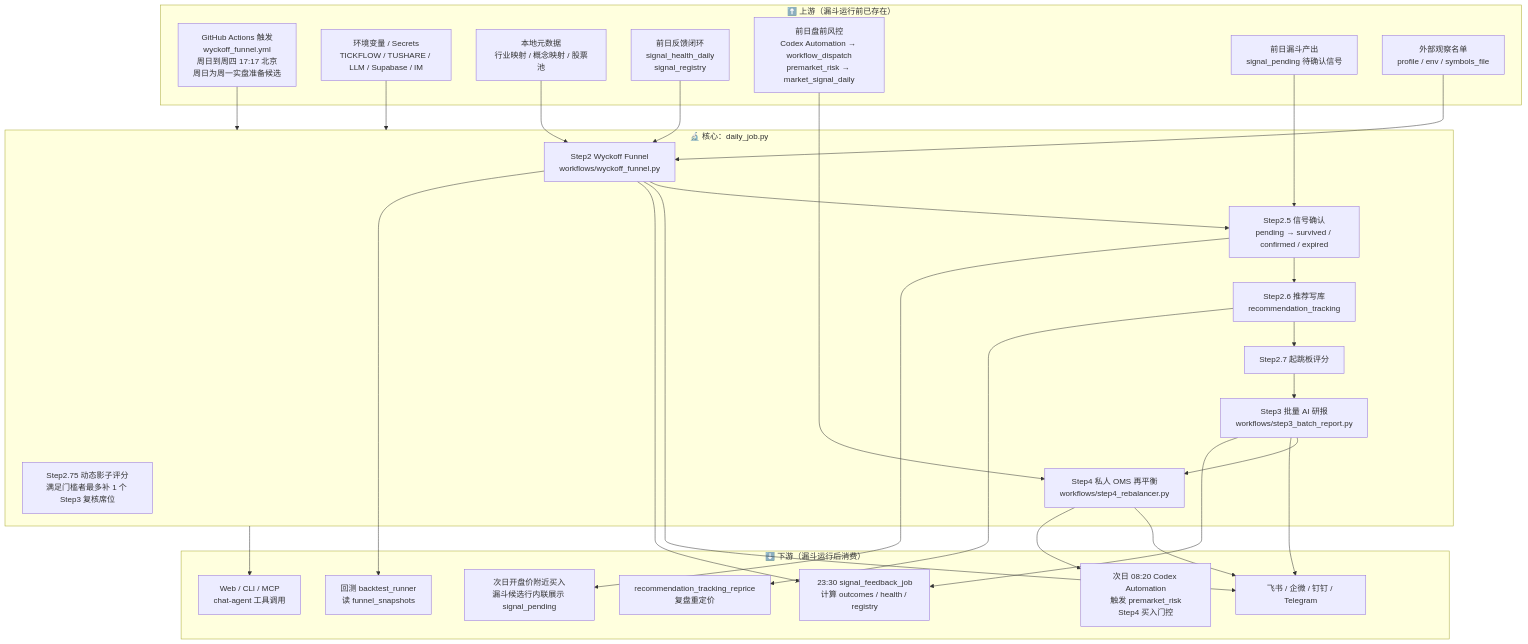
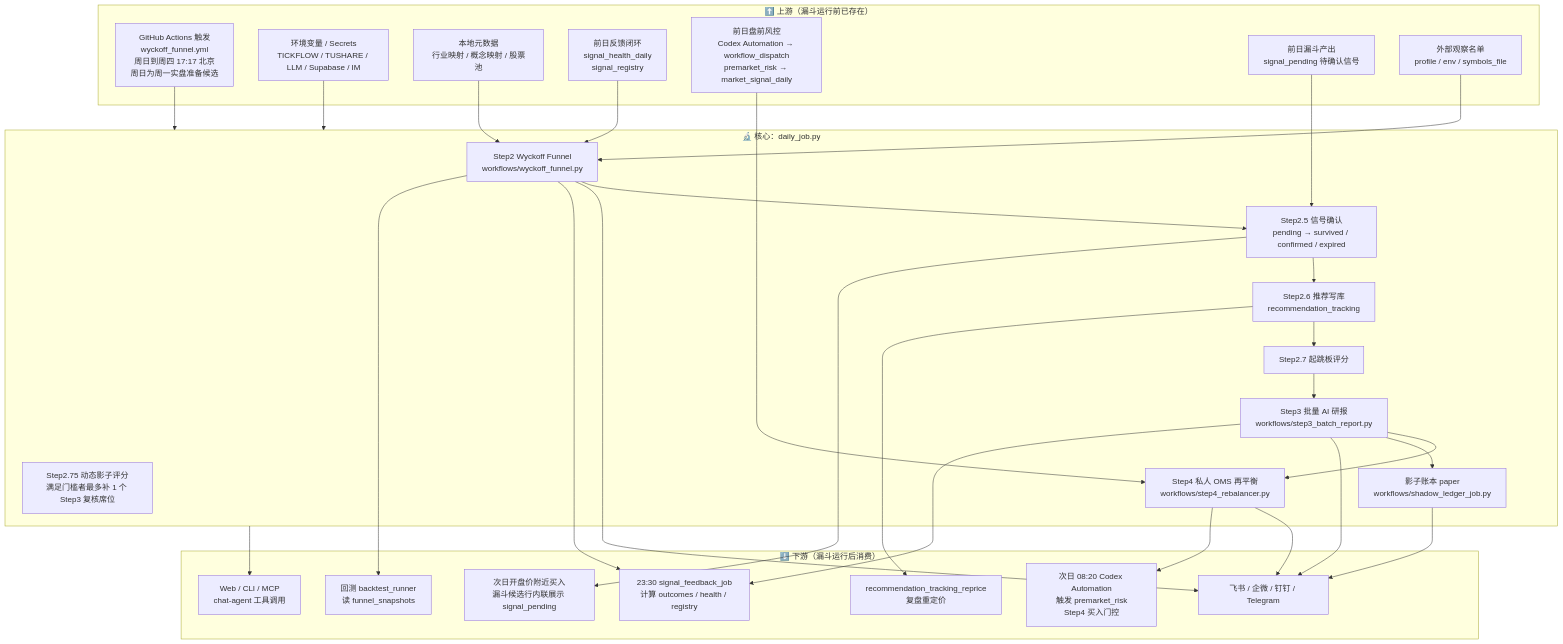
One commit to YoungCan-Wang/WyckoffTradingAgent changed the first of 7 diagrams in docs/A_SHARE_FUNNEL_FLOW.md. Above: the diagram before and after it, drawn with Mermaid. The commit also changed other lines of this file and 34 other files, not shown here.

First line of the commit message:
feat: 影子账本 paper ledger + 形态列表截断修复 + 去掉 ETF 文案 (#330)

````diff
--- a/docs/A_SHARE_FUNNEL_FLOW.md
+++ b/docs/A_SHARE_FUNNEL_FLOW.md
@@ -12,54 +12,57 @@
 ```mermaid
 flowchart TB
     subgraph UPSTREAM["⬆️ 上游（漏斗运行前已存在）"]
         U1["GitHub Actions 触发<br/>wyckoff_funnel.yml<br/>周日到周四 17:17 北京<br/>周日为周一实盘准备候选"]
         U2["环境变量 / Secrets<br/>TICKFLOW / TUSHARE / LLM / Supabase / IM"]
         U3["本地元数据<br/>行业映射 / 概念映射 / 股票池"]
         U4["前日反馈闭环<br/>signal_health_daily<br/>signal_registry"]
         U5["前日盘前风控<br/>Codex Automation → workflow_dispatch<br/>premarket_risk → market_signal_daily"]
         U6["前日漏斗产出<br/>signal_pending 待确认信号"]
         U7["外部观察名单<br/>profile / env / symbols_file"]
     end
 
     subgraph CORE["🔬 核心：daily_job.py"]
         S2["Step2 Wyckoff Funnel<br/>workflows/wyckoff_funnel.py"]
         S25["Step2.5 信号确认<br/>pending → survived / confirmed / expired"]
         S26["Step2.6 推荐写库<br/>recommendation_tracking"]
         S27["Step2.7 起跳板评分"]
         S275["Step2.75 动态影子评分<br/>满足门槛者最多补 1 个 Step3 复核席位"]
         S3["Step3 批量 AI 研报<br/>workflows/step3_batch_report.py"]
         S4["Step4 私人 OMS 再平衡<br/>workflows/step4_rebalancer.py"]
+        SH["影子账本 paper<br/>workflows/shadow_ledger_job.py"]
     end
 
     subgraph DOWNSTREAM["⬇️ 下游（漏斗运行后消费）"]
         D1["23:30 signal_feedback_job<br/>计算 outcomes / health / registry"]
         D2["次日 08:20 Codex Automation<br/>触发 premarket_risk<br/>Step4 买入门控"]
         D3["次日开盘价附近买入<br/>漏斗候选行内联展示 signal_pending"]
         D4["Web / CLI / MCP<br/>chat-agent 工具调用"]
         D5["回测 backtest_runner<br/>读 funnel_snapshots"]
         D6["recommendation_tracking_reprice<br/>复盘重定价"]
         D7["飞书 / 企微 / 钉钉 / Telegram"]
     end
 
     U1 --> CORE
     U2 --> CORE
     U3 --> S2
     U4 --> S2
     U5 --> S4
     U6 --> S25
     U7 --> S2
 
     S2 --> S25 --> S26 --> S27 --> S3 --> S4
+    S3 --> SH
 
     S2 --> D7
     S3 --> D7
     S4 --> D7
+    SH --> D7
 
     S2 --> D1
     S3 --> D1
     S4 --> D2
     S25 --> D3
     S26 --> D6
     S2 --> D5
     CORE --> D4
 ```
````
